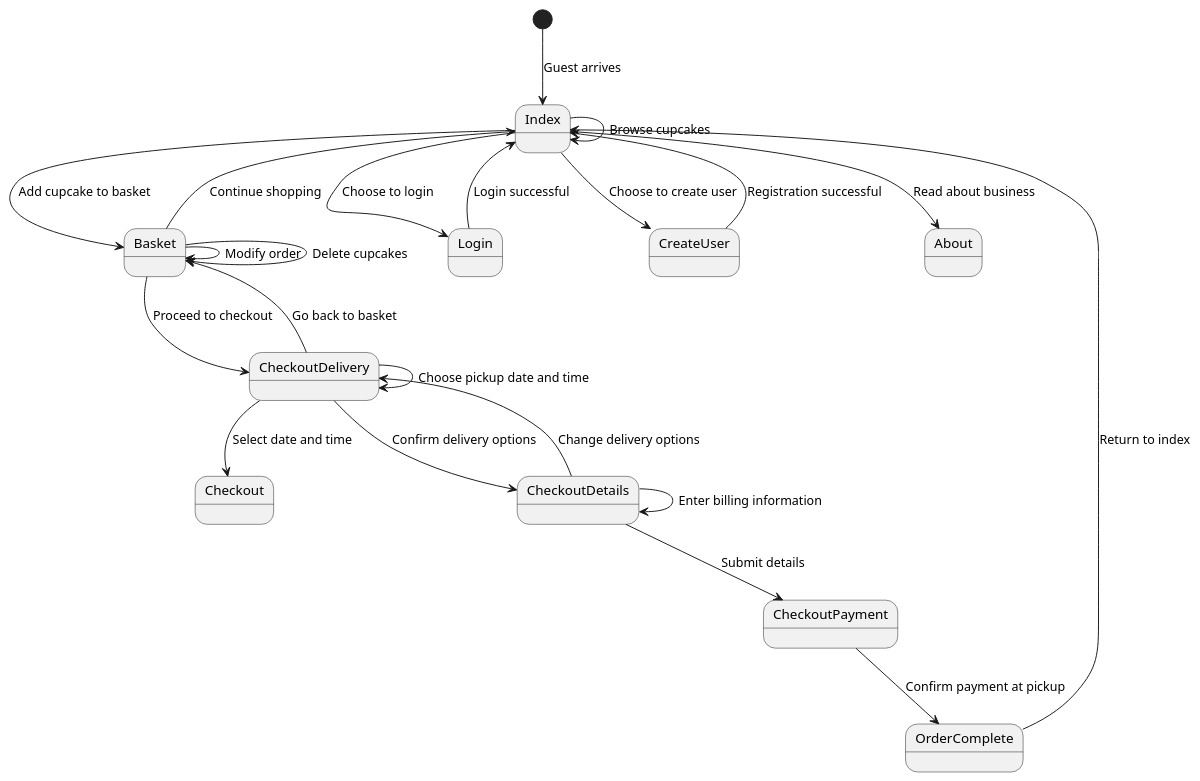
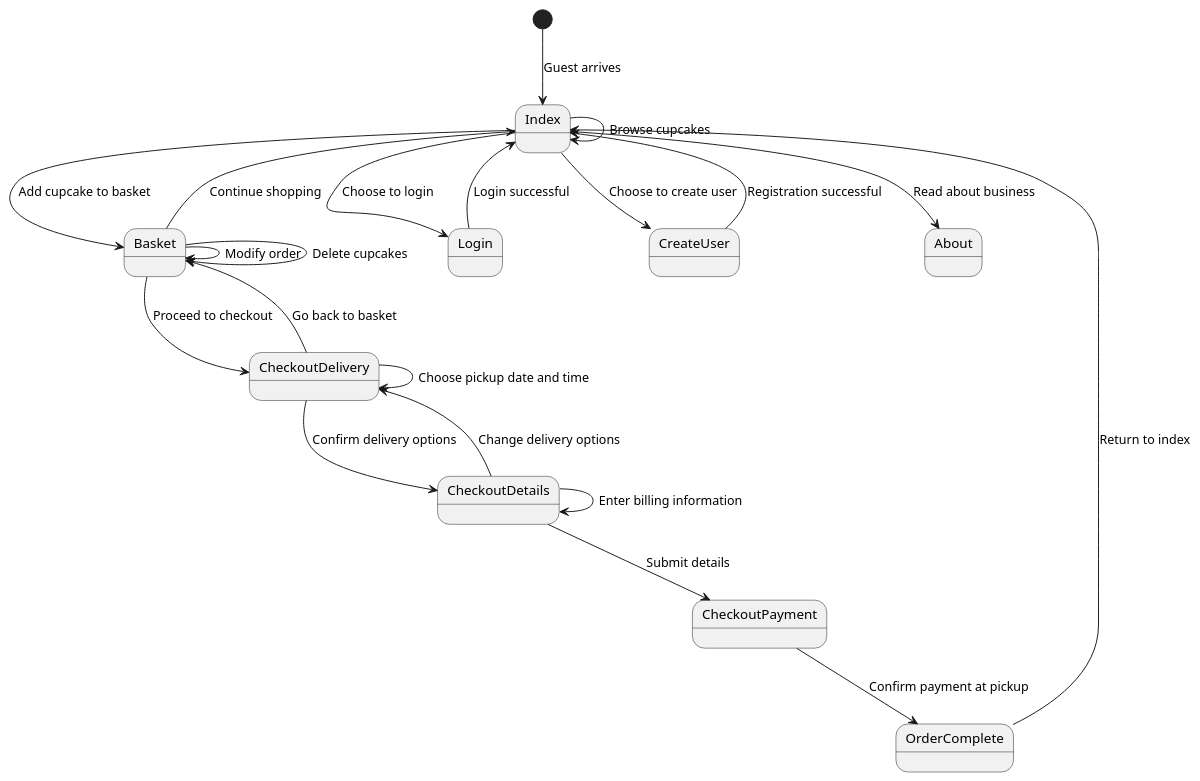
Before and after one commit to Mortenjenne/CupCake: the diagram in docs/domain/Guest Statemachine.puml, drawn with PlantUML. The commit also changed 37 other files, not shown here.

```diff
--- a/docs/domain/Guest Statemachine.puml
+++ b/docs/domain/Guest Statemachine.puml
@@ -1,32 +1,31 @@
 @startuml
 [*] --> Index : Guest arrives
 
 Index --> Index : Browse cupcakes
 Index --> Basket : Add cupcake to basket
 Index --> Login : Choose to login
 Index --> CreateUser : Choose to create user
 Index --> About : Read about business
 
 Login --> Index : Login successful
 CreateUser --> Index : Registration successful
 
 Basket --> Basket : Modify order
 Basket --> Basket : Delete cupcakes
 Basket --> Index : Continue shopping
 Basket --> CheckoutDelivery : Proceed to checkout
 
 
 CheckoutDelivery --> CheckoutDelivery : Choose pickup date and time
-CheckoutDelivery --> Checkout : Select date and time
 CheckoutDelivery --> CheckoutDetails : Confirm delivery options
 CheckoutDelivery --> Basket : Go back to basket
 
 CheckoutDetails --> CheckoutDetails : Enter billing information
 CheckoutDetails --> CheckoutPayment : Submit details
 CheckoutDetails --> CheckoutDelivery : Change delivery options
 
 CheckoutPayment --> OrderComplete : Confirm payment at pickup
 
 OrderComplete --> Index : Return to index
 
 @enduml
```
